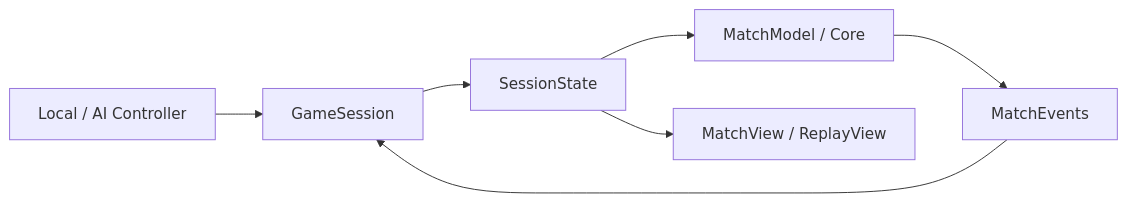
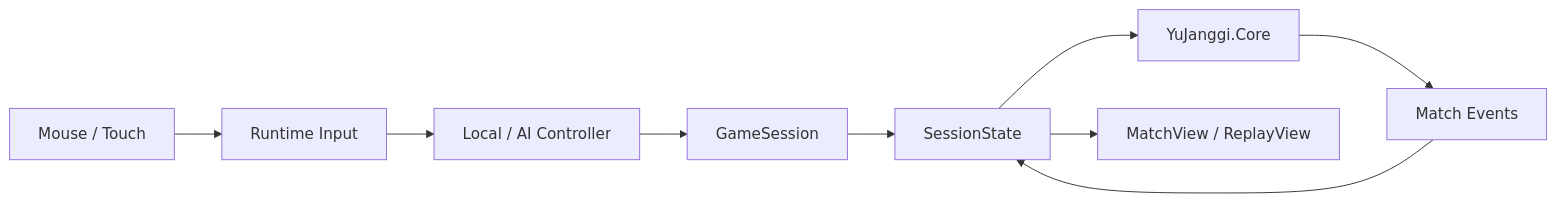
Before and after one commit to SeokJinYoo98/YuJanggi: the diagram in README.md, drawn with Mermaid. The commit also changed other lines of this file, not shown here.

````diff
--- a/README.md
+++ b/README.md
@@ -30,9 +42,11 @@
-```mermaid
+~~~mermaid
 flowchart LR
-    C[Local / AI Controller] --> S[GameSession]
-    S --> ST[SessionState]
-    ST --> M[MatchModel / Core]
-    M --> E[MatchEvents]
-    E --> S
-    ST --> V[MatchView / ReplayView]
-```
+    I["Mouse / Touch"] --> IN["Runtime Input"]
+    IN --> C["Local / AI Controller"]
+    C --> S["GameSession"]
+    S --> ST["SessionState"]
+    ST --> CORE["YuJanggi.Core"]
+    CORE --> EV["Match Events"]
+    EV --> ST
+    ST --> V["MatchView / ReplayView"]
+~~~
````
